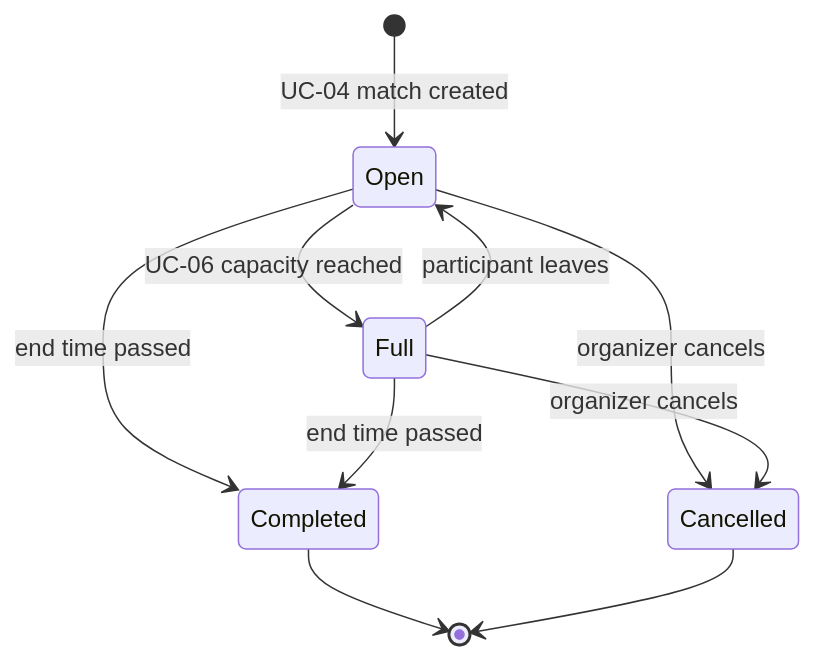
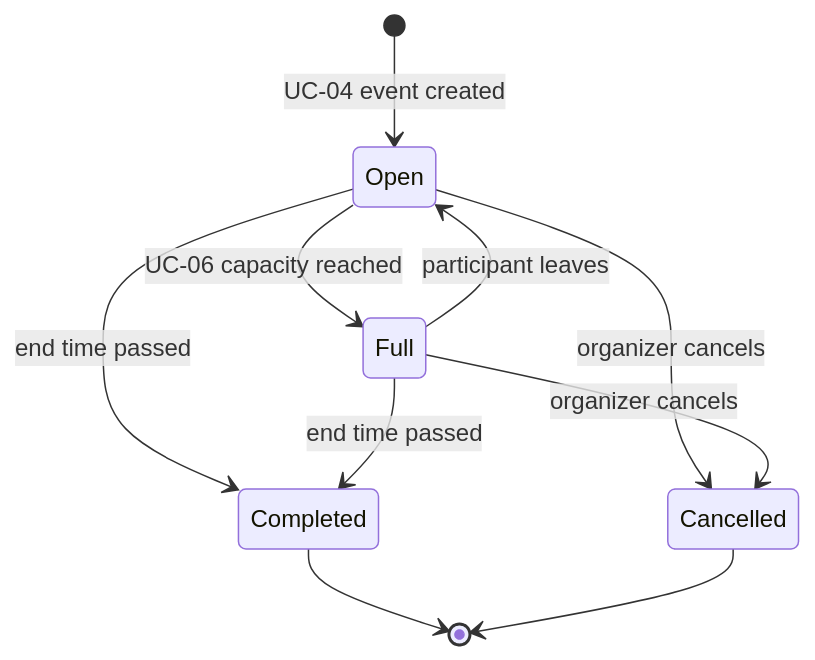
One commit to emir-heval-arda-harun/CMPE-331-project changed the seventh of 8 diagrams in docs/requirement_analysis_report.md. Above: the diagram before and after it, drawn with Mermaid. The commit also changed other lines of this file and 181 other files, not shown here.

````diff
--- a/docs/requirement_analysis_report.md
+++ b/docs/requirement_analysis_report.md
@@ -482,12 +406,12 @@
 ```mermaid
 stateDiagram-v2
-    [*] --> Open : UC-04 match created
+    [*] --> Open : UC-04 event created
     Open --> Full : UC-06 capacity reached
     Full --> Open : participant leaves
     Open --> Cancelled : organizer cancels
     Full --> Cancelled : organizer cancels
     Open --> Completed : end time passed
     Full --> Completed : end time passed
     Completed --> [*]
     Cancelled --> [*]
 ```
````
